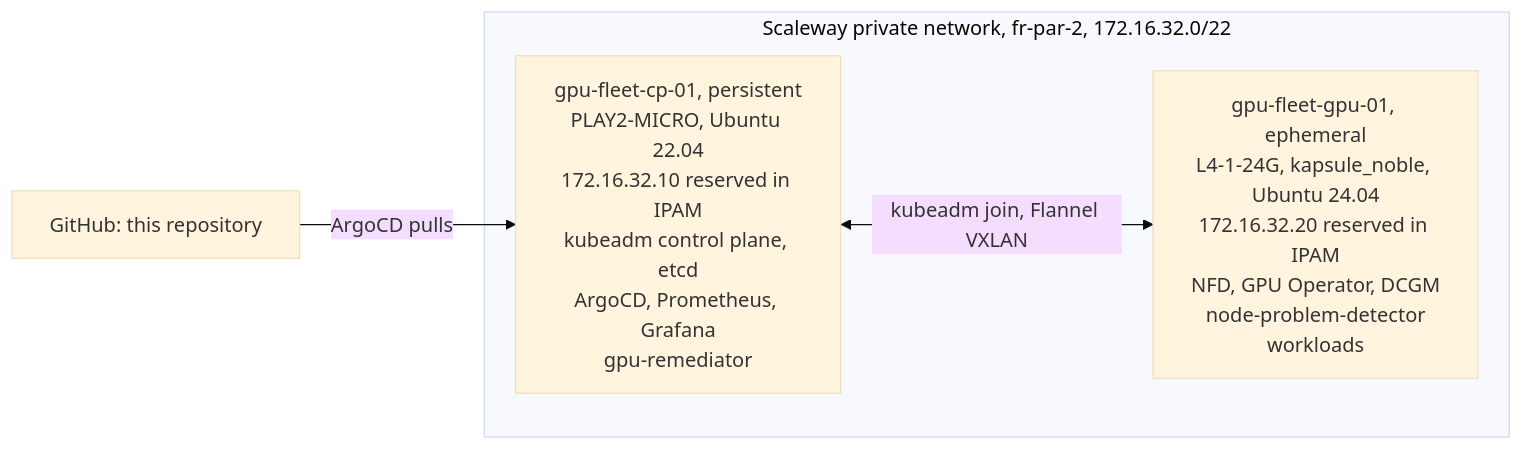
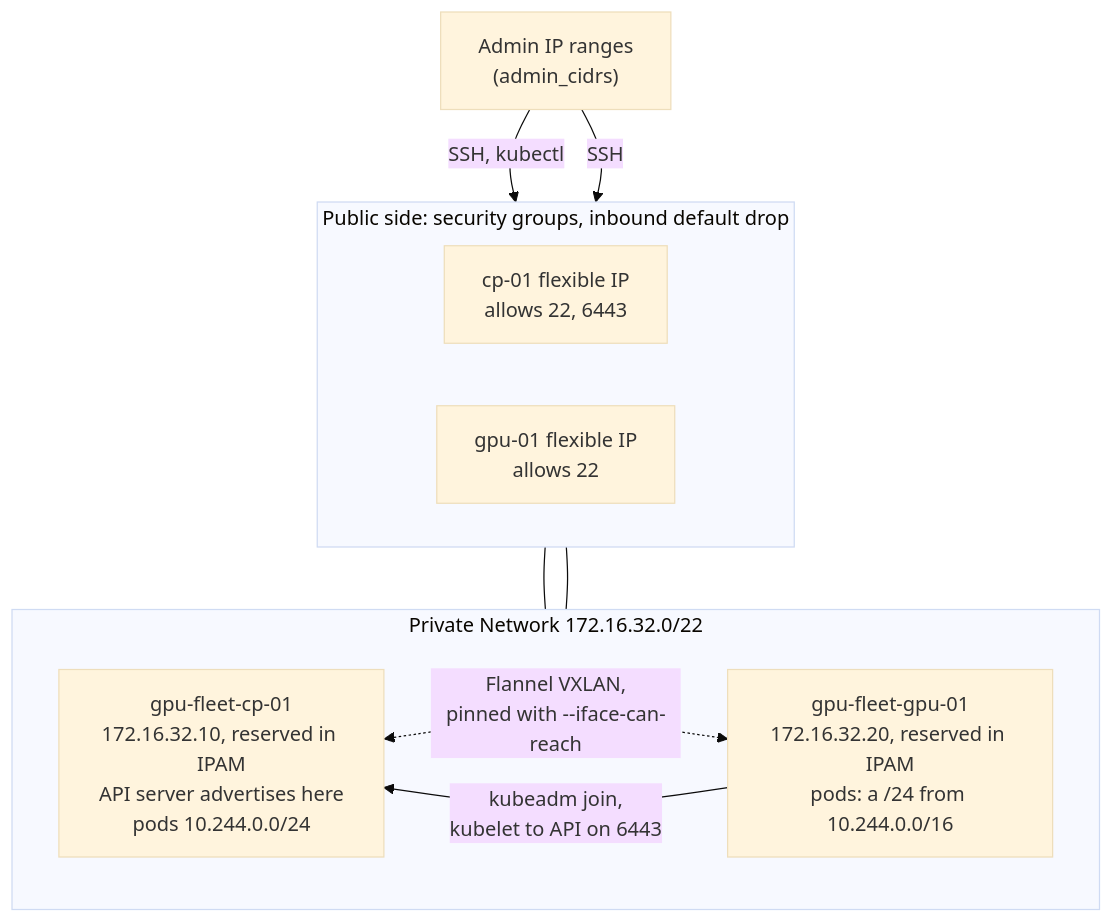
One commit to yassineteimi/nvidia-gpu-fleet-poc changed the second of 6 diagrams in docs/architecture.md. Above: the diagram before and after it, drawn with Mermaid (base theme). The commit also changed other lines of this file and 4 other files, not shown here.

First line of the commit message:
Architecture and session diagrams, in Mermaid

````diff
--- a/docs/architecture.md
+++ b/docs/architecture.md
@@ -5,9 +44,23 @@
 ```mermaid
-flowchart LR
-  subgraph PN["Scaleway private network, fr-par-2, 172.16.32.0/22"]
-    CP["gpu-fleet-cp-01, persistent<br/>PLAY2-MICRO, Ubuntu 22.04<br/>172.16.32.10 reserved in IPAM<br/>kubeadm control plane, etcd<br/>ArgoCD, Prometheus, Grafana<br/>gpu-remediator"]
-    GPU["gpu-fleet-gpu-01, ephemeral<br/>L4-1-24G, kapsule_noble, Ubuntu 24.04<br/>172.16.32.20 reserved in IPAM<br/>NFD, GPU Operator, DCGM<br/>node-problem-detector<br/>workloads"]
+flowchart TB
+  admin["Admin IP ranges<br/>(admin_cidrs)"]
+
+  subgraph pub["Public side: security groups, inbound default drop"]
+    direction LR
+    cpip["cp-01 flexible IP<br/>allows 22, 6443"]
+    gpuip["gpu-01 flexible IP<br/>allows 22"]
   end
-  GIT["GitHub: this repository"] -->|"ArgoCD pulls"| CP
-  CP <-->|"kubeadm join, Flannel VXLAN"| GPU
+
+  subgraph pn["Private Network 172.16.32.0/22"]
+    direction LR
+    cp["gpu-fleet-cp-01<br/>172.16.32.10, reserved in IPAM<br/>API server advertises here<br/>pods 10.244.0.0/24"]
+    gpu["gpu-fleet-gpu-01<br/>172.16.32.20, reserved in IPAM<br/>pods: a /24 from 10.244.0.0/16"]
+    gpu -->|"kubeadm join,<br/>kubelet to API on 6443"| cp
+    cp <-.->|"Flannel VXLAN,<br/>pinned with --iface-can-reach"| gpu
+  end
+
+  admin -->|"SSH, kubectl"| cpip
+  admin -->|"SSH"| gpuip
+  cpip --- cp
+  gpuip --- gpu
 ```
````
